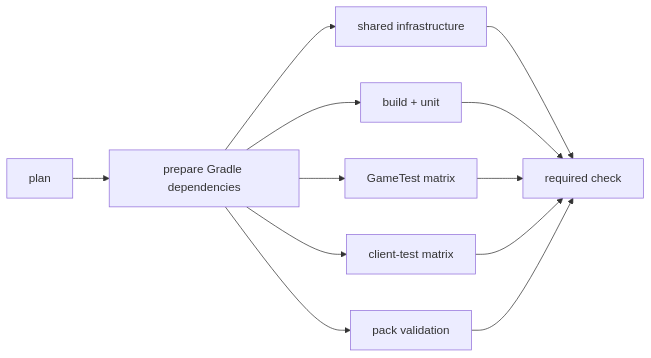
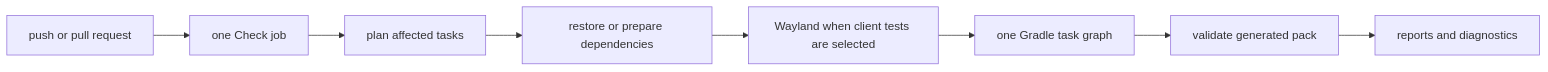
Before and after one commit to bertie-mc/bertie: the second of 2 diagrams in docs/cicd.md, drawn with Mermaid. The commit also changed other lines of this file and 25 other files, not shown here.

Commit message:
refactor(ci): run checks in one Gradle graph

````diff
--- a/docs/cicd.md
+++ b/docs/cicd.md
@@ -108,14 +108,10 @@
 ```mermaid
 flowchart LR
-    P["plan"] --> D["prepare Gradle dependencies"]
-    D --> I["shared infrastructure"]
-    D --> B["build + unit"]
-    D --> G["GameTest matrix"]
-    D --> C["client-test matrix"]
-    D --> V["pack validation"]
-    I --> R["required check"]
-    B --> R
-    G --> R
-    C --> R
-    V --> R
+    E["push or pull request"] --> J["one Check job"]
+    J --> P["plan affected tasks"]
+    P --> D["restore or prepare dependencies"]
+    D --> W["Wayland when client tests are selected"]
+    W --> G["one Gradle task graph"]
+    G --> V["validate generated pack"]
+    V --> R["reports and diagnostics"]
 ```
````
